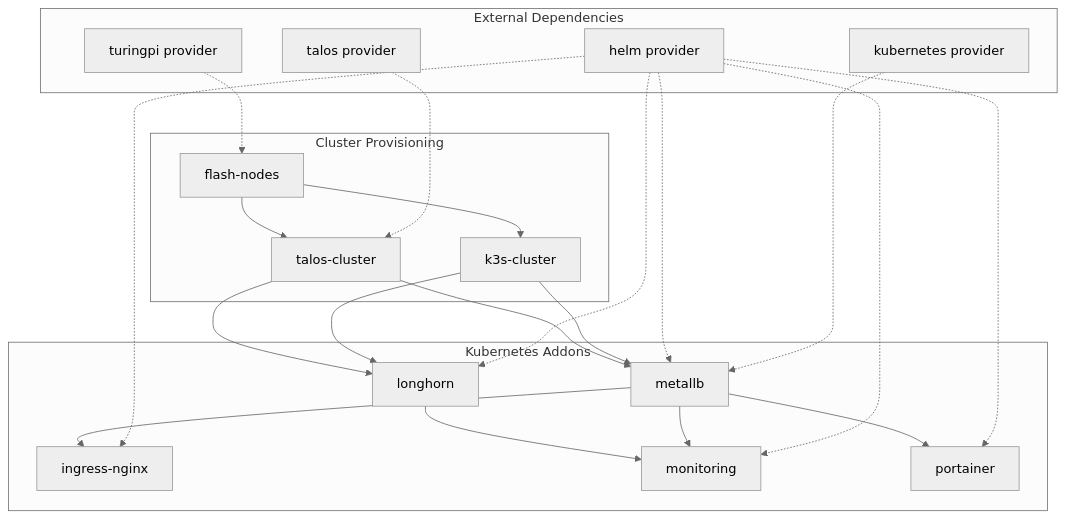
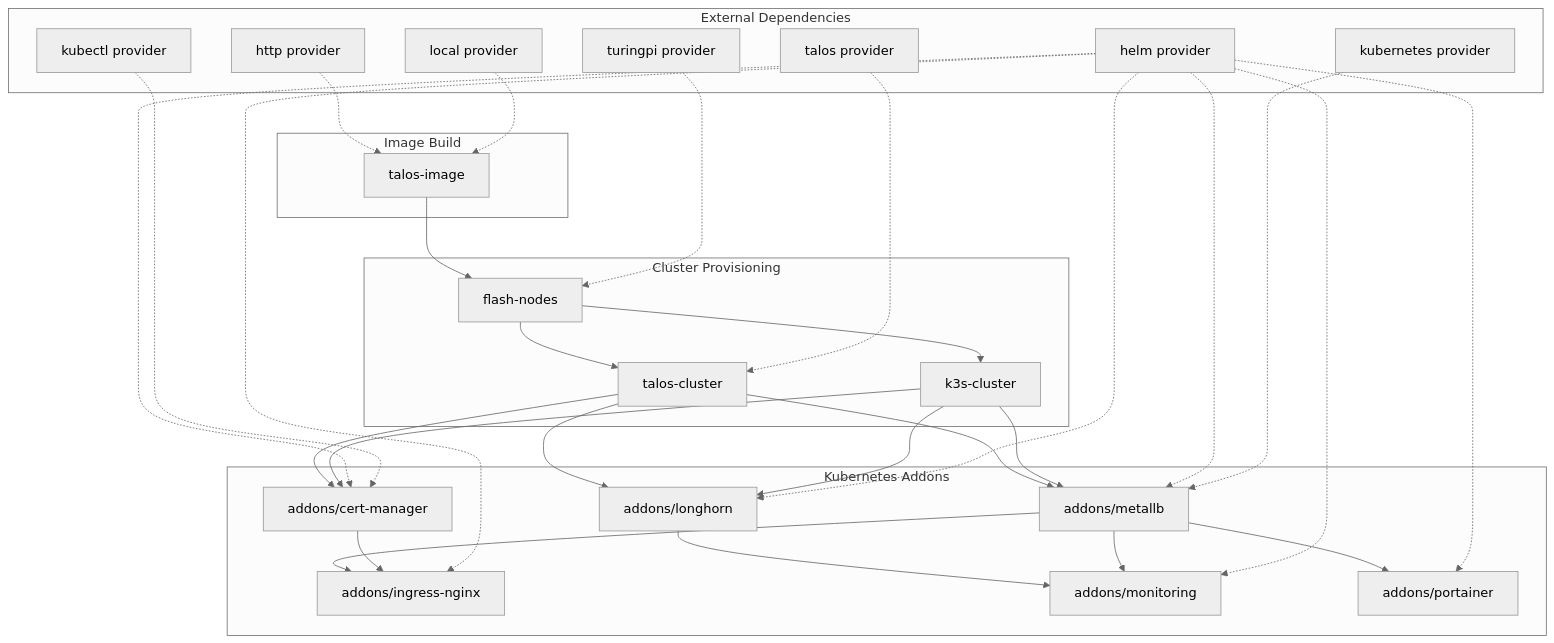
One commit to freed-dev-llc/terraform-turingpi-modules changed the first of 3 diagrams in docs/ARCHITECTURE.md. Above: the diagram before and after it, drawn with Mermaid. The commit also changed 12 other files, not shown here.

````diff
--- a/docs/ARCHITECTURE.md
+++ b/docs/ARCHITECTURE.md
@@ -7,30 +7,42 @@
 ```mermaid
 %%{init: {'theme': 'neutral'}}%%
 graph TD
+    subgraph "Image Build"
+        TI[talos-image]
+    end
+
     subgraph "Cluster Provisioning"
-        FN[flash-nodes] --> TC[talos-cluster]
+        TI --> FN[flash-nodes]
+        FN --> TC[talos-cluster]
         FN --> KC[k3s-cluster]
     end
 
     subgraph "Kubernetes Addons"
-        TC --> MLB[metallb]
+        TC --> MLB[addons/metallb]
         KC --> MLB
-        MLB --> ING[ingress-nginx]
-        TC --> LH[longhorn]
+        TC --> CM[addons/cert-manager]
+        KC --> CM
+        MLB --> ING[addons/ingress-nginx]
+        CM --> ING
+        TC --> LH[addons/longhorn]
         KC --> LH
-        LH --> MON[monitoring]
+        LH --> MON[addons/monitoring]
         MLB --> MON
-        MLB --> PORT[portainer]
+        MLB --> PORT[addons/portainer]
     end
 
     subgraph "External Dependencies"
+        HTTP[http provider] -.-> TI
+        LOCAL[local provider] -.-> TI
         TP[turingpi provider] -.-> FN
         TALOS[talos provider] -.-> TC
         HELM[helm provider] -.-> MLB
         HELM -.-> ING
         HELM -.-> LH
         HELM -.-> MON
         HELM -.-> PORT
+        HELM -.-> CM
+        KCTL[kubectl provider] -.-> CM
         K8S[kubernetes provider] -.-> MLB
     end
 ```
````
